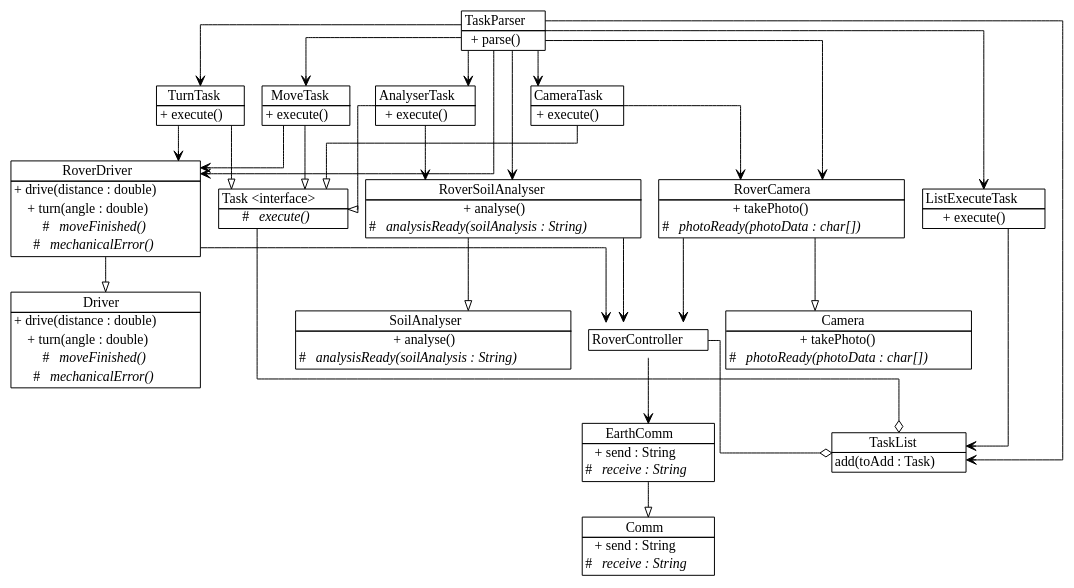
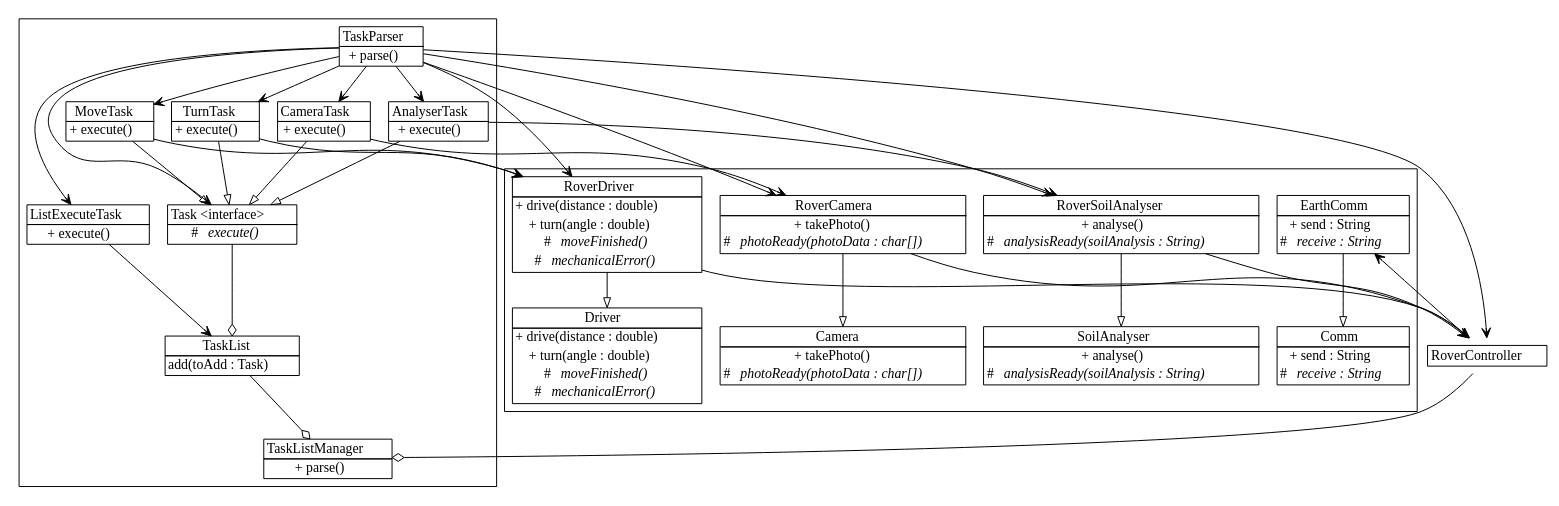
One commit to LuminousMonkey/SE200-Assignment-2014-S2 changed the diagram in doc/assignment.dot. Above: the diagram before and after it, drawn with Graphviz. The commit also changed 9 other files, not shown here.

```diff
--- a/doc/assignment.dot
+++ b/doc/assignment.dot
@@ -1,31 +1,31 @@
 digraph G {
         fontname = "Concourse T7";
         fontsize = 13;
-        splines = ortho;
 
         node [
              shape = "plaintext";
              margin = 0;
         ]
 
-        Comm [
-             label = <<table border="1" cellborder="0" cellspacing="0">
-                             <tr><td>Comm</td></tr>
-                             <hr/>
-                             <tr><td>+ send : String</td></tr>
-                             <tr><td># <i>receive : String</i></td></tr>
-                      </table>>
+        subgraph cluster_hardware {
+                 Comm [
+                      label = <<table border="1" cellborder="0" cellspacing="0">
+                                      <tr><td>Comm</td></tr>
+                                      <hr/>
+                                      <tr><td>+ send : String</td></tr>
+                                      <tr><td># <i>receive : String</i></td></tr>
+                               </table>>
         ]
 
-        Driver [
-               label = <<table border="1" cellborder="0" cellspacing="0">
-                               <tr><td>Driver</td></tr>
-                               <hr/>
-                               <tr><td>+ drive(distance : double)</td></tr>
-                               <tr><td>+ turn(angle : double)</td></tr>
-                               <tr><td># <i>moveFinished()</i></td></tr>
-                               <tr><td># <i>mechanicalError()</i></td></tr>
-                        </table>>
+                Driver [
+                       label = <<table border="1" cellborder="0" cellspacing="0">
+                                       <tr><td>Driver</td></tr>
+                                       <hr/>
+                                       <tr><td>+ drive(distance : double)</td></tr>
+                                       <tr><td>+ turn(angle : double)</td></tr>
+                                       <tr><td># <i>moveFinished()</i></td></tr>
+                                       <tr><td># <i>mechanicalError()</i></td></tr>
+                                </table>>
 
         ]
 
@@ -89,7 +89,9 @@
                         </table>>
 
         ]
+        }
 
+subgraph cluster_task {
         Task [
                label = <<table border="1" cellborder="0" cellspacing="0">
                                <tr><td>Task &lt;interface&gt;</td></tr>
@@ -163,6 +165,15 @@
 
         ]
 
+        TaskListManager [
+               label = <<table border="1" cellborder="0" cellspacing="0">
+                               <tr><td>TaskListManager</td></tr>
+                               <hr/>
+                               <tr><td>+ parse()</td></tr>
+                        </table>>
+
+        ]
+ }
         RoverController [
                label = <<table border="1" cellborder="0" cellspacing="0">
                                <tr><td>RoverController</td></tr>
@@ -183,7 +194,8 @@
 
         edge [ arrowhead = "odiamond" ];
         Task -> TaskList;
-        RoverController -> TaskList;
+        RoverController -> TaskListManager;
+        TaskList -> TaskListManager;
 
         edge [ arrowhead = "vee" ];
         MoveTask -> RoverDriver;
@@ -200,7 +212,9 @@
         TaskParser -> RoverDriver;
         TaskParser -> RoverSoilAnalyser;
         TaskParser -> RoverCamera;
-        TaskParser -> TaskList;
+        TaskParser -> Task;
+
+        TaskParser -> RoverController;
 
         RoverController -> RoverComm;
 
```
